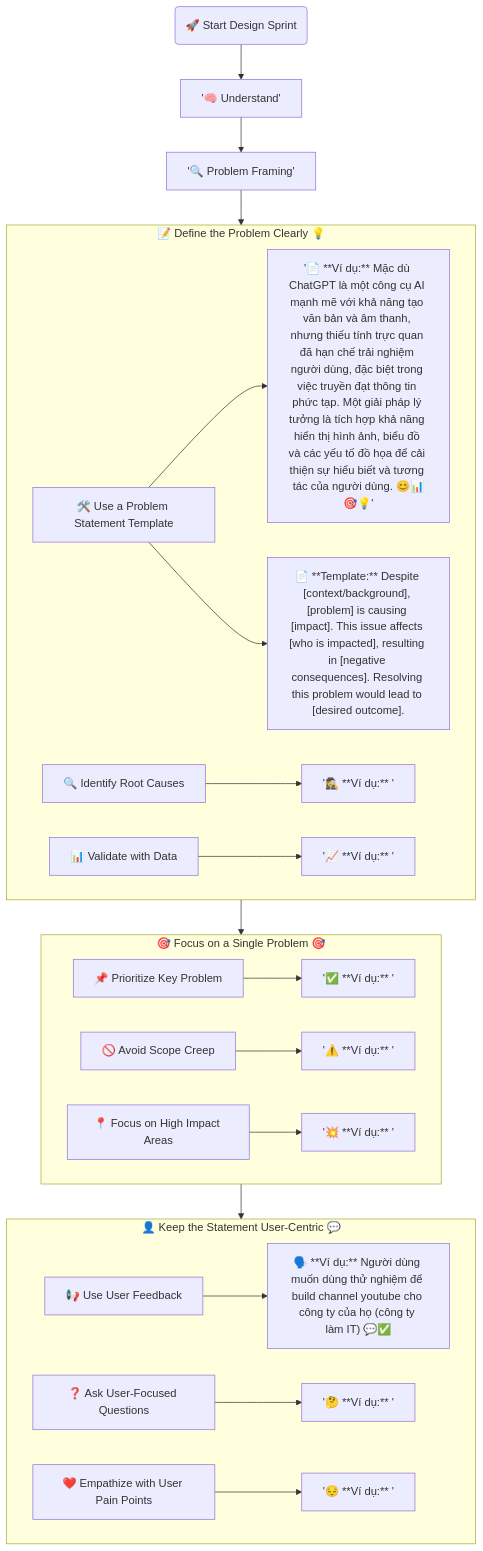
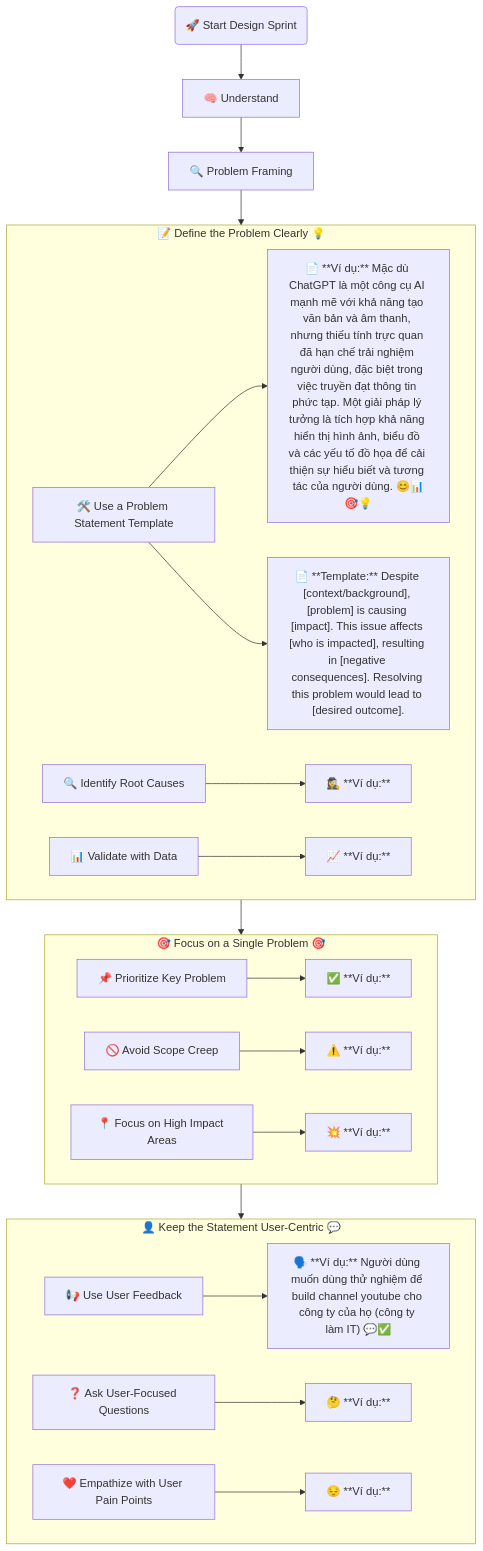
The diagram in docs/designsprintkit/phases/01-Understand/02-Understand-the-Problem/02-Problem-Framing/01-Map.mmd (qtvhao/quickcurl), drawn with Mermaid before and after one commit. The commit also changed 8 other files, not shown here.

Commit message:
Fix quotation marks in Mermaid diagrams for consistency and clarity

```diff
--- a/docs/designsprintkit/phases/01-Understand/02-Understand-the-Problem/02-Problem-Framing/01-Map.mmd
+++ b/docs/designsprintkit/phases/01-Understand/02-Understand-the-Problem/02-Problem-Framing/01-Map.mmd
@@ -1,30 +1,30 @@
 flowchart TD
 
-    Design_Sprint(🚀 Start Design Sprint) --> Understand['🧠 Understand']
+    Design_Sprint(🚀 Start Design Sprint) --> Understand["🧠 Understand"]
 
-    Understand --> Problem_Framing['🔍 Problem Framing']
+    Understand --> Problem_Framing["🔍 Problem Framing"]
 
     %% Define the Problem Clearly
     subgraph A1[📝 Define the Problem Clearly 💡]
-        B1[🛠️ Use a Problem Statement Template] --> E1['📄 **Ví dụ:** Mặc dù ChatGPT là một công cụ AI mạnh mẽ với khả năng tạo văn bản và âm thanh, nhưng thiếu tính trực quan đã hạn chế trải nghiệm người dùng, đặc biệt trong việc truyền đạt thông tin phức tạp. Một giải pháp lý tưởng là tích hợp khả năng hiển thị hình ảnh, biểu đồ và các yếu tố đồ họa để cải thiện sự hiểu biết và tương tác của người dùng. 😊📊🎯💡']
+        B1[🛠️ Use a Problem Statement Template] --> E1["📄 **Ví dụ:** Mặc dù ChatGPT là một công cụ AI mạnh mẽ với khả năng tạo văn bản và âm thanh, nhưng thiếu tính trực quan đã hạn chế trải nghiệm người dùng, đặc biệt trong việc truyền đạt thông tin phức tạp. Một giải pháp lý tưởng là tích hợp khả năng hiển thị hình ảnh, biểu đồ và các yếu tố đồ họa để cải thiện sự hiểu biết và tương tác của người dùng. 😊📊🎯💡"]
         B1 --> E4["📄 **Template:** Despite [context/background], [problem] is causing [impact]. This issue affects [who is impacted], resulting in [negative consequences]. Resolving this problem would lead to [desired outcome]."]
-        B2[🔍 Identify Root Causes] --> E2['🕵️‍♀️ **Ví dụ:** ']
-        B3[📊 Validate with Data] --> E3['📈 **Ví dụ:** ']
+        B2[🔍 Identify Root Causes] --> E2["🕵️‍♀️ **Ví dụ:** "]
+        B3[📊 Validate with Data] --> E3["📈 **Ví dụ:** "]
     end
 
     %% Focus on a Single Problem
     subgraph A2[🎯 Focus on a Single Problem 🎯]
-        C1[📌 Prioritize Key Problem] --> F1['✅ **Ví dụ:** ']
-        C2[🚫 Avoid Scope Creep] --> F2['⚠️ **Ví dụ:** ']
-        C3[📍 Focus on High Impact Areas] --> F3['💥 **Ví dụ:** ']
+        C1[📌 Prioritize Key Problem] --> F1["✅ **Ví dụ:** "]
+        C2[🚫 Avoid Scope Creep] --> F2["⚠️ **Ví dụ:** "]
+        C3[📍 Focus on High Impact Areas] --> F3["💥 **Ví dụ:** "]
     end
 
     %% Keep the Statement User-Centric
     subgraph A3[👤 Keep the Statement User-Centric 💬]
         D1[📢 Use User Feedback] --> G1["🗣️ **Ví dụ:** Người dùng muốn dùng thử nghiệm để build channel youtube cho công ty của họ (công ty làm IT) 💬✅"]
-        D2[❓ Ask User-Focused Questions] --> G2['🤔 **Ví dụ:** ']
-        D3[❤️ Empathize with User Pain Points] --> G3['😔 **Ví dụ:** ']
+        D2[❓ Ask User-Focused Questions] --> G2["🤔 **Ví dụ:** "]
+        D3[❤️ Empathize with User Pain Points] --> G3["😔 **Ví dụ:** "]
     end
 
     %% Connect Subgraphs in Order
     Problem_Framing --> A1 --> A2 --> A3
```
